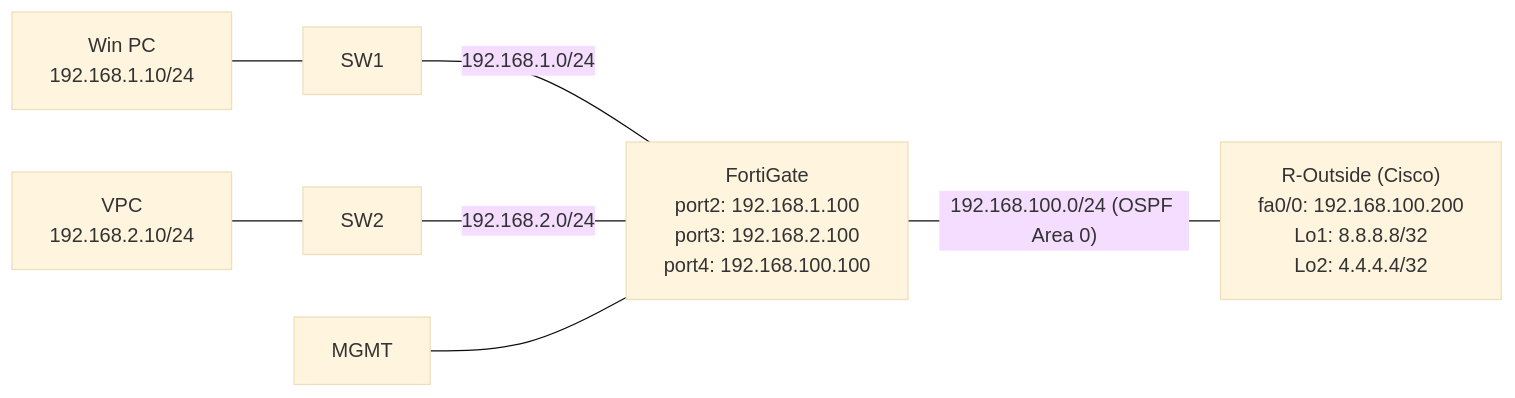
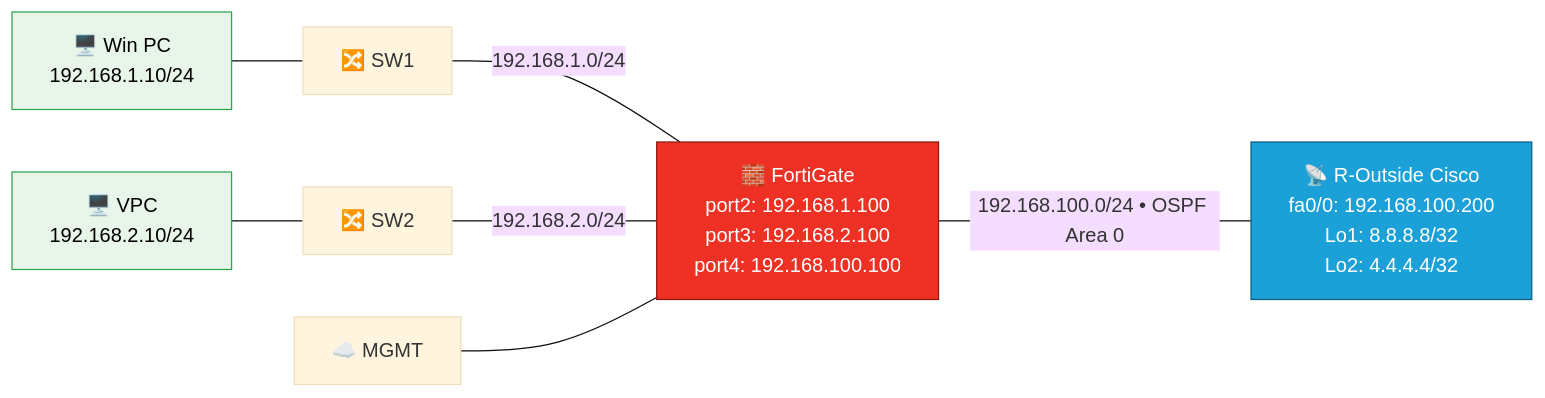
Before and after one commit to ethicasec/EthicaHomeLab: the diagram in FortiGate/Configuration/OSPF/OSPF-Fortigate-SDWAN-Lab1.md, drawn with Mermaid (base theme). The commit also changed other lines of this file and 1 other file, not shown here.

Commit message:
Fortigate OSPF Lab

````diff
--- a/FortiGate/Configuration/OSPF/OSPF-Fortigate-SDWAN-Lab1.md
+++ b/FortiGate/Configuration/OSPF/OSPF-Fortigate-SDWAN-Lab1.md
@@ -7,9 +39,14 @@
 ```mermaid
 graph LR
-    Win["Win PC<br/>192.168.1.10/24"] --- SW1["SW1"]
+    Win["🖥️ Win PC<br/>192.168.1.10/24"] --- SW1["🔀 SW1"]
     SW1 ---|"192.168.1.0/24"| FG
-    VPC["VPC<br/>192.168.2.10/24"] --- SW2["SW2"]
+    VPC["🖥️ VPC<br/>192.168.2.10/24"] --- SW2["🔀 SW2"]
     SW2 ---|"192.168.2.0/24"| FG
-    MGMT["MGMT"] --- FG["FortiGate<br/>port2: 192.168.1.100<br/>port3: 192.168.2.100<br/>port4: 192.168.100.100"]
-    FG ---|"192.168.100.0/24 (OSPF Area 0)"| R["R-Outside (Cisco)<br/>fa0/0: 192.168.100.200<br/>Lo1: 8.8.8.8/32<br/>Lo2: 4.4.4.4/32"]
+    MGMT["☁️ MGMT"] --- FG["🧱 FortiGate<br/>port2: 192.168.1.100<br/>port3: 192.168.2.100<br/>port4: 192.168.100.100"]
+    FG ---|"192.168.100.0/24 • OSPF Area 0"| R["📡 R-Outside Cisco<br/>fa0/0: 192.168.100.200<br/>Lo1: 8.8.8.8/32<br/>Lo2: 4.4.4.4/32"]
+
+    style FG fill:#EE3124,color:#fff,stroke:#8b1a12
+    style R fill:#1BA0D7,color:#fff,stroke:#0d5f80
+    style Win fill:#e8f5e9,stroke:#2ea44f,color:#000
+    style VPC fill:#e8f5e9,stroke:#2ea44f,color:#000
 ```
````
